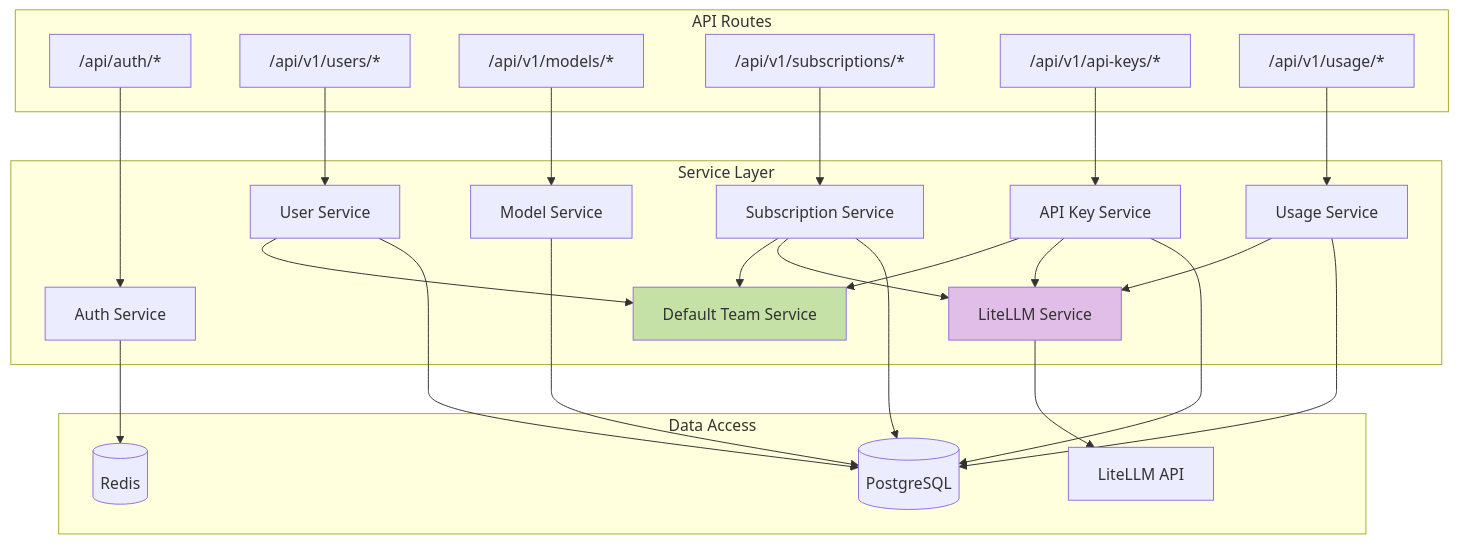
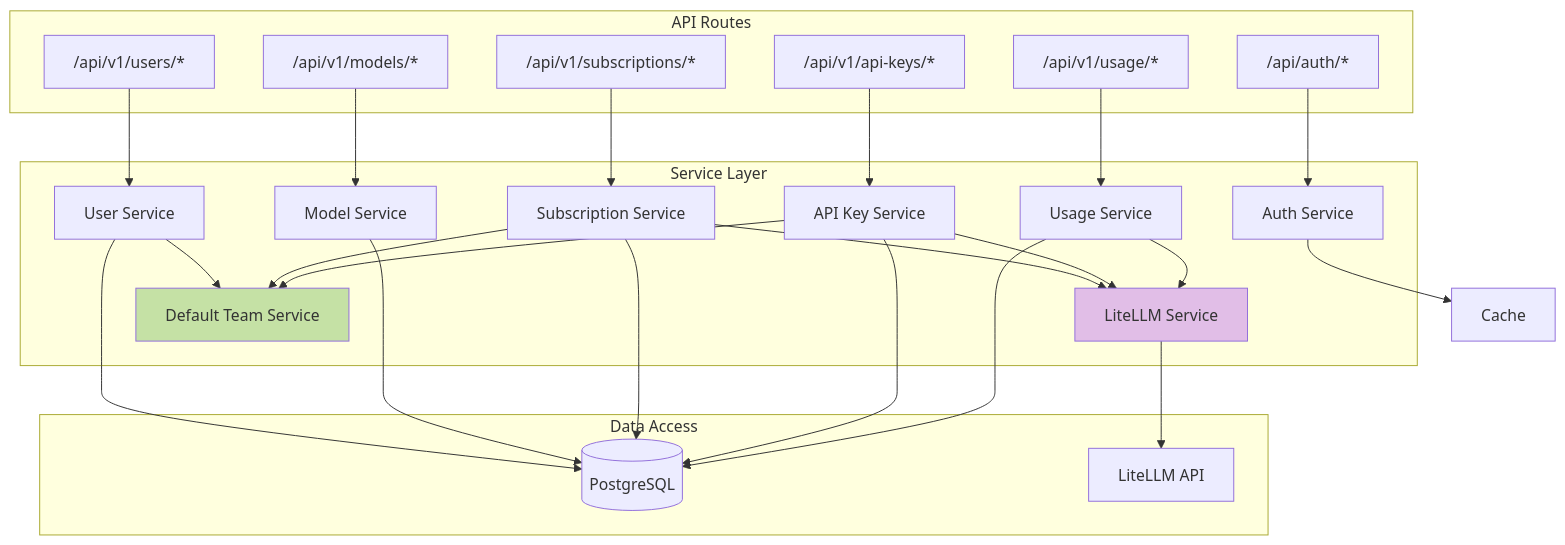
One commit to rh-aiservices-bu/litemaas changed the fourth of 7 diagrams in docs/architecture/overview.md. Above: the diagram before and after it, drawn with Mermaid. The commit also changed other lines of this file and 89 other files, not shown here.

````diff
--- a/docs/architecture/overview.md
+++ b/docs/architecture/overview.md
@@ -194,53 +189,52 @@
 ```mermaid
 graph TB
     subgraph "API Routes"
         AuthRoute["/api/auth/*"]
         UserRoute["/api/v1/users/*"]
         ModelRoute["/api/v1/models/*"]
         SubRoute["/api/v1/subscriptions/*"]
         KeyRoute["/api/v1/api-keys/*"]
         UsageRoute["/api/v1/usage/*"]
     end
-    
+
     subgraph "Service Layer"
         AuthService[Auth Service]
         UserService[User Service]
         ModelService[Model Service]
         SubService[Subscription Service]
         KeyService[API Key Service]
         UsageService[Usage Service]
         LiteLLMService[LiteLLM Service]
         TeamService[Default Team Service]
     end
-    
+
     subgraph "Data Access"
         DB[(PostgreSQL)]
-        Cache[(Redis)]
         LiteLLM[LiteLLM API]
     end
-    
+
     AuthRoute --> AuthService
     UserRoute --> UserService
     ModelRoute --> ModelService
     SubRoute --> SubService
     KeyRoute --> KeyService
     UsageRoute --> UsageService
-    
+
     AuthService --> Cache
     UserService --> DB
     ModelService --> DB
     SubService --> DB
     SubService --> LiteLLMService
     KeyService --> DB
     KeyService --> LiteLLMService
     UsageService --> DB
     UsageService --> LiteLLMService
     LiteLLMService --> LiteLLM
-    
+
     UserService --> TeamService
     SubService --> TeamService
     KeyService --> TeamService
-    
+
     style LiteLLMService fill:#e1bee7
     style TeamService fill:#c5e1a5
 ```
````
